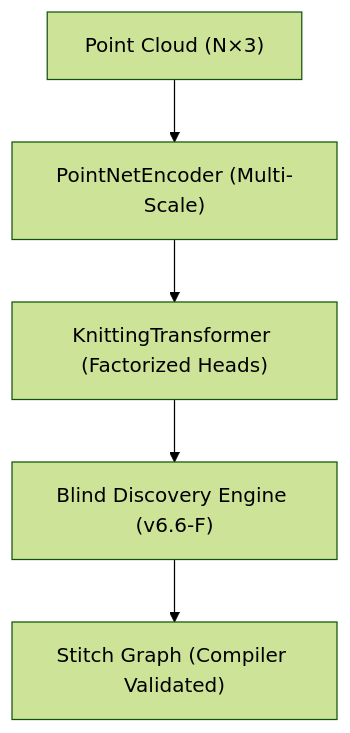
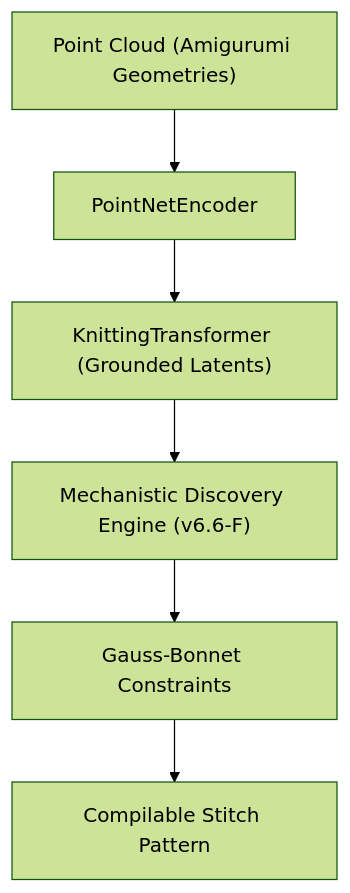
Before and after one commit to KiettranFNF002/AlphaKnit-Topology: the diagram in README.md, drawn with Mermaid (forest theme). The commit also changed other lines of this file, not shown here.

Commit message:
docs: finalize README for Level 5 Mechanistic Discovery Engine

````diff
--- a/README.md
+++ b/README.md
@@ -17,7 +23,8 @@
 ```mermaid
 graph TD
-    A["Point Cloud (N×3)"] --> B["PointNetEncoder (Multi-Scale)"]
-    B --> C["KnittingTransformer (Factorized Heads)"]
-    C --> D["Blind Discovery Engine (v6.6-F)"]
-    D --> E["Stitch Graph (Compiler Validated)"]
+    A["Point Cloud (Amigurumi Geometries)"] --> B["PointNetEncoder"]
+    B --> C["KnittingTransformer (Grounded Latents)"]
+    C --> D["Mechanistic Discovery Engine (v6.6-F)"]
+    D --> E["Gauss-Bonnet Constraints"]
+    E --> F["Compilable Stitch Pattern"]
 ```
````
